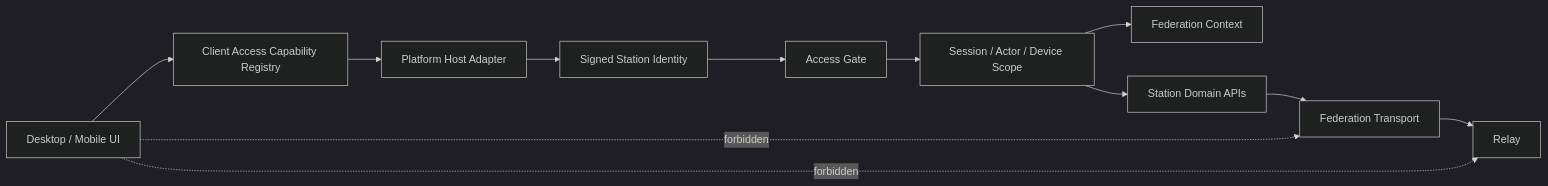
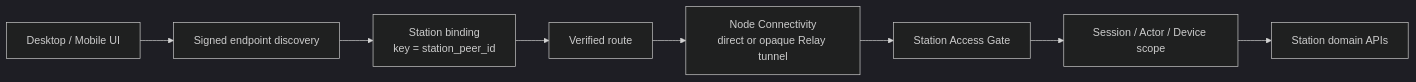
Before and after one commit to peers-labs/peers-touch: the diagram in docs/architecture/platform/station/access/design.md, drawn with Mermaid (dark theme). The commit also changed other lines of this file and 1422 other files, not shown here.

````diff
--- a/docs/architecture/platform/station/access/design.md
+++ b/docs/architecture/platform/station/access/design.md
@@ -23,26 +27,19 @@
 ```mermaid
 flowchart LR
     UI["Desktop / Mobile UI"]
-    CAP["Client Access Capability Registry"]
-    HOST["Platform Host Adapter"]
-    ID["Signed Station Identity"]
-    GATE["Access Gate"]
-    SCOPE["Session / Actor / Device Scope"]
-    FED["Federation Context"]
-    DOMAIN["Station Domain APIs"]
-    TRANSPORT["Federation Transport"]
-    RELAY["Relay"]
+    DISC["Signed endpoint discovery"]
+    BIND["Station binding\nkey = station_peer_id"]
+    ROUTE["Verified route"]
+    GATE["Station Access Gate"]
+    SCOPE["Session / Actor / Device scope"]
+    DOMAIN["Station domain APIs"]
+    NODE["Node Connectivity\ndirect or opaque Relay tunnel"]
 
-    UI --> CAP
-    CAP --> HOST
-    HOST --> ID
-    ID --> GATE
+    UI --> DISC
+    DISC --> BIND
+    BIND --> ROUTE
+    ROUTE --> NODE
+    NODE --> GATE
     GATE --> SCOPE
-    SCOPE --> FED
     SCOPE --> DOMAIN
-    DOMAIN --> TRANSPORT
-    TRANSPORT --> RELAY
-
-    UI -. forbidden .-> RELAY
-    UI -. forbidden .-> TRANSPORT
 ```
````
